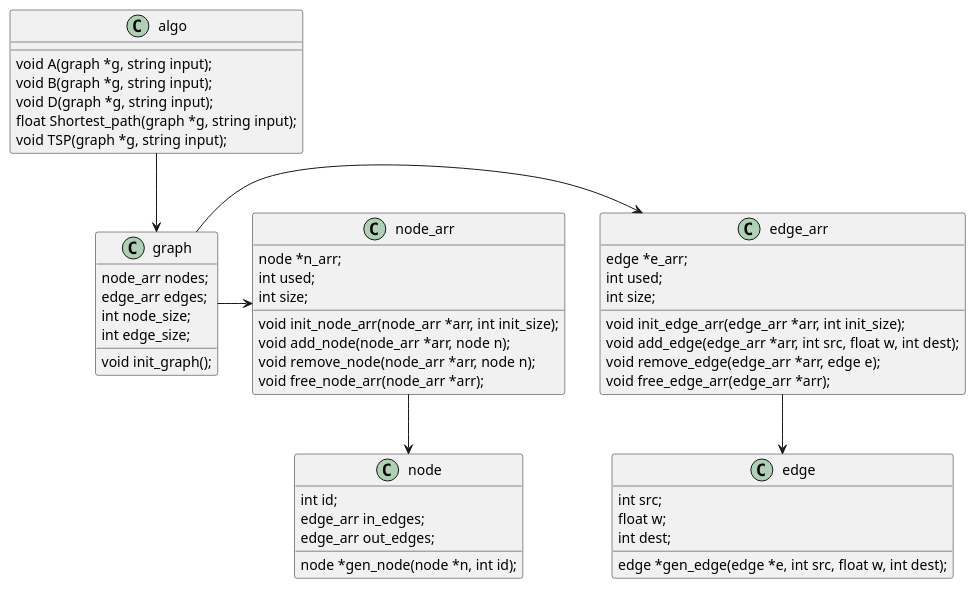
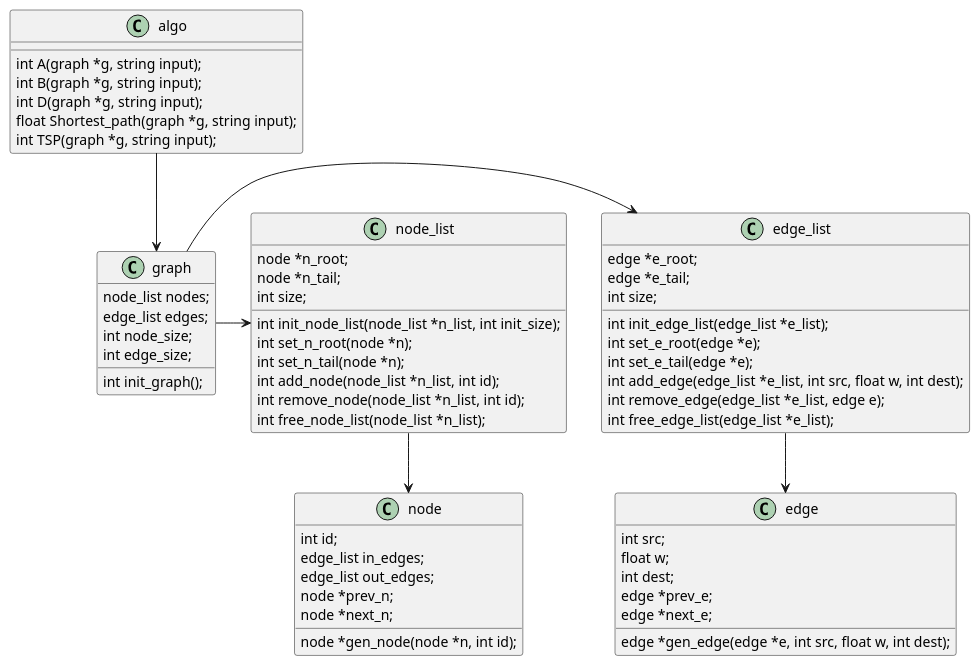
The diagram in Ex4_UML.puml (RF555/SofSys_Ex4), drawn with PlantUML before and after one commit. The commit also changed 4 other files, not shown here.

```diff
--- a/Ex4_UML.puml
+++ b/Ex4_UML.puml
@@ -1,65 +1,73 @@
 @startuml
 
-graph -> edge_arr
-graph -> node_arr
-node_arr --> node
-edge_arr --> edge
+graph -> edge_list
+graph -> node_list
+node_list --> node
+edge_list --> edge
 algo --> graph
 
 
 class node{
 int id;
-edge_arr in_edges;
-edge_arr out_edges;
+edge_list in_edges;
+edge_list out_edges;
+node *prev_n;
+node *next_n;
 node *gen_node(node *n, int id);
 }
 
 class edge{
 int src;
 float w;
 int dest;
+edge *prev_e;
+edge *next_e;
 edge *gen_edge(edge *e, int src, float w, int dest);
 }
 
-class edge_arr{
-edge *e_arr;
-int used;
+class edge_list{
+edge *e_root;
+edge *e_tail;
 int size;
-void init_edge_arr(edge_arr *arr, int init_size);
-void add_edge(edge_arr *arr, int src, float w, int dest);
-void remove_edge(edge_arr *arr, edge e);
-void free_edge_arr(edge_arr *arr);
+int init_edge_list(edge_list *e_list);
+int set_e_root(edge *e);
+int set_e_tail(edge *e);
+int add_edge(edge_list *e_list, int src, float w, int dest);
+int remove_edge(edge_list *e_list, edge e);
+int free_edge_list(edge_list *e_list);
 }
 
-class node_arr{
-node *n_arr;
-int used;
+class node_list{
+node *n_root;
+node *n_tail;
 int size;
-void init_node_arr(node_arr *arr, int init_size);
-void add_node(node_arr *arr, node n);
-void remove_node(node_arr *arr, node n);
-void free_node_arr(node_arr *arr);
+int init_node_list(node_list *n_list, int init_size);
+int set_n_root(node *n);
+int set_n_tail(node *n);
+int add_node(node_list *n_list, int id);
+int remove_node(node_list *n_list, int id);
+int free_node_list(node_list *n_list);
 }
 
 class graph{
-node_arr nodes;
-edge_arr edges;
+node_list nodes;
+edge_list edges;
 int node_size;
 int edge_size;
-void init_graph();
+int init_graph();
 'void add_node(graph *g, int id);
 'void remove_node(graph *g, int id);
 'void add_edge(graph *g, int src, float w, int dest);
 'void add_Edge(graph *g, edge e);
 'void remove_edge(graph *g, int src, int dest);
 }
 
 class algo{
-void A(graph *g, string input);
-void B(graph *g, string input);
-void D(graph *g, string input);
+int A(graph *g, string input);
+int B(graph *g, string input);
+int D(graph *g, string input);
 float Shortest_path(graph *g, string input);
-void TSP(graph *g, string input);
+int TSP(graph *g, string input);
 }
 
 @enduml
```
